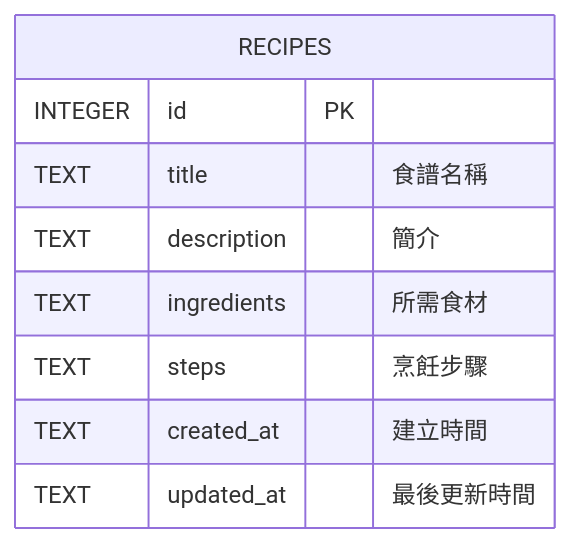
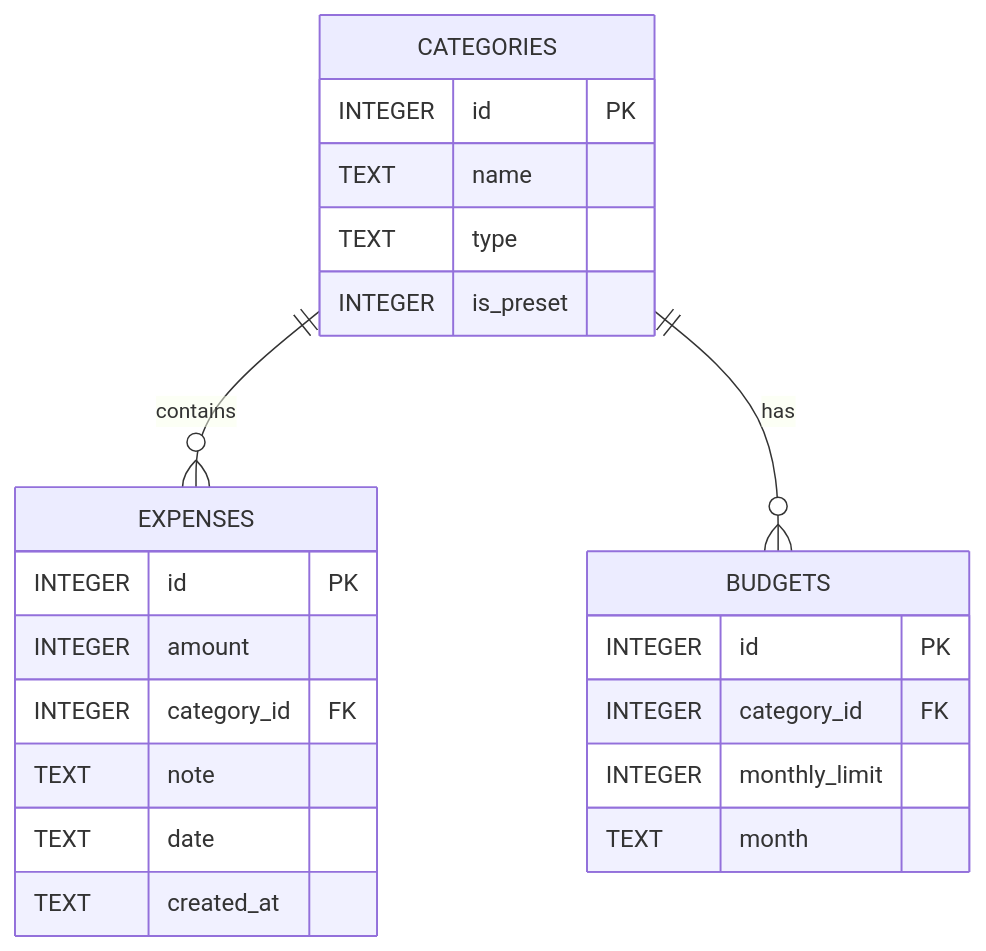
One commit to t11003/web_app_development changed the diagram in docs/DB_DESIGN.md. Above: the diagram before and after it, drawn with Mermaid. The commit also changed other lines of this file and 4 other files, not shown here.

Commit message:
feat: add database schema and models

````diff
--- a/docs/DB_DESIGN.md
+++ b/docs/DB_DESIGN.md
@@ -5,12 +5,26 @@
 ```mermaid
 erDiagram
-  RECIPES {
+  CATEGORIES {
     INTEGER id PK
-    TEXT title "食譜名稱"
-    TEXT description "簡介"
-    TEXT ingredients "所需食材"
-    TEXT steps "烹飪步驟"
-    TEXT created_at "建立時間"
-    TEXT updated_at "最後更新時間"
+    TEXT name
+    TEXT type
+    INTEGER is_preset
   }
+  EXPENSES {
+    INTEGER id PK
+    INTEGER amount
+    INTEGER category_id FK
+    TEXT note
+    TEXT date
+    TEXT created_at
+  }
+  BUDGETS {
+    INTEGER id PK
+    INTEGER category_id FK
+    INTEGER monthly_limit
+    TEXT month
+  }
+  
+  CATEGORIES ||--o{ EXPENSES : "contains"
+  CATEGORIES ||--o{ BUDGETS : "has"
 ```
````
